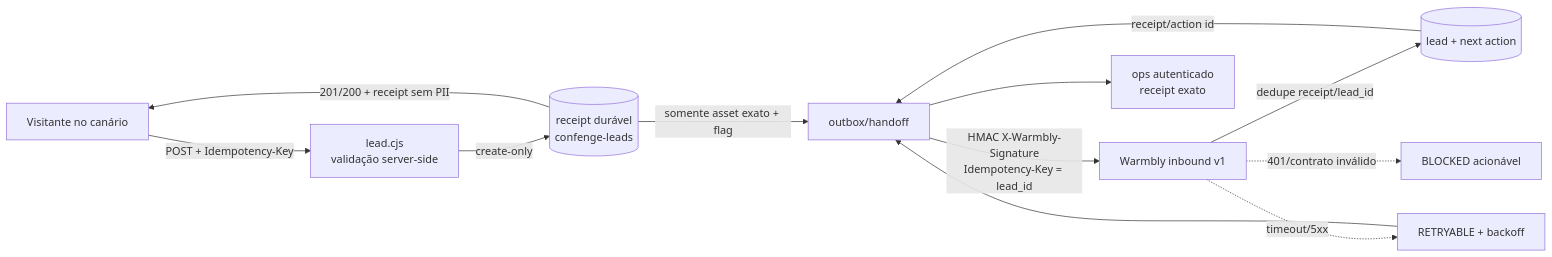
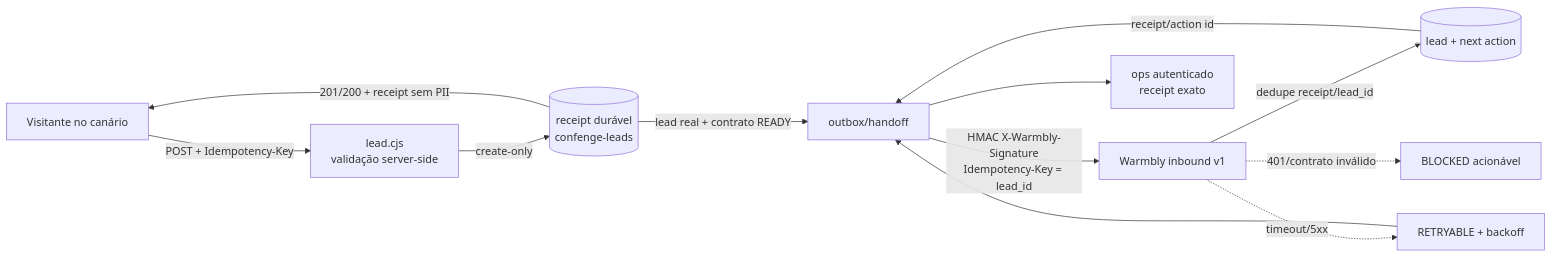
Before and after one commit to tjsasakifln/web-cfg: the diagram in docs/evidence/230-single-canary/REPORT.md, drawn with Mermaid. The commit also changed other lines of this file and 15 other files, not shown here.

````diff
--- a/docs/evidence/230-single-canary/REPORT.md
+++ b/docs/evidence/230-single-canary/REPORT.md
@@ -41,14 +41,14 @@
 ```mermaid
 flowchart LR
   V[Visitante no canário] -->|POST + Idempotency-Key| L[lead.cjs\nvalidação server-side]
   L -->|create-only| B[(receipt durável\nconfenge-leads)]
   B -->|201/200 + receipt sem PII| V
-  B -->|somente asset exato + flag| O[outbox/handoff]
+  B -->|lead real + contrato READY| O[outbox/handoff]
   O -->|HMAC X-Warmbly-Signature\nIdempotency-Key = lead_id| W[Warmbly inbound v1]
   W -->|dedupe receipt/lead_id| P[(lead + next action)]
   P -->|receipt/action id| O
   O --> R[ops autenticado\nreceipt exato]
   W -. timeout/5xx .-> X[RETRYABLE + backoff]
   X --> O
   W -. 401/contrato inválido .-> F[BLOCKED acionável]
 ```
````
